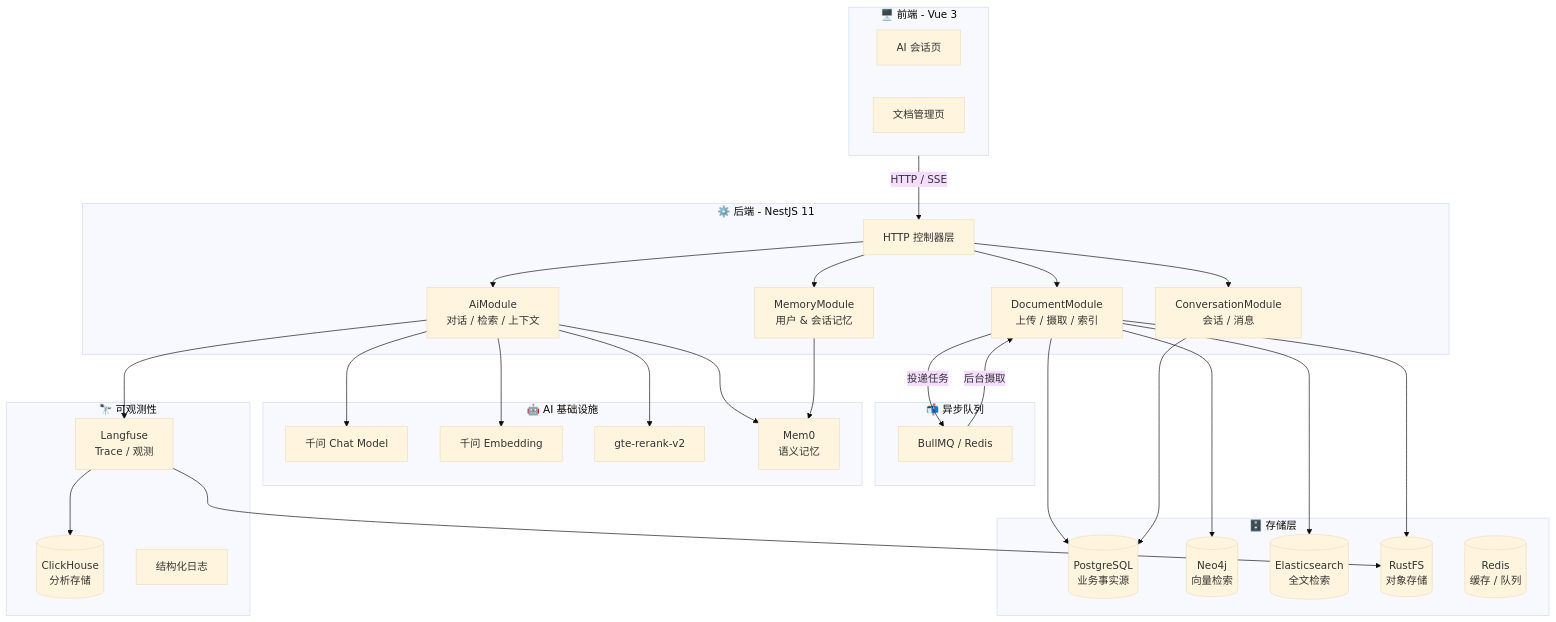
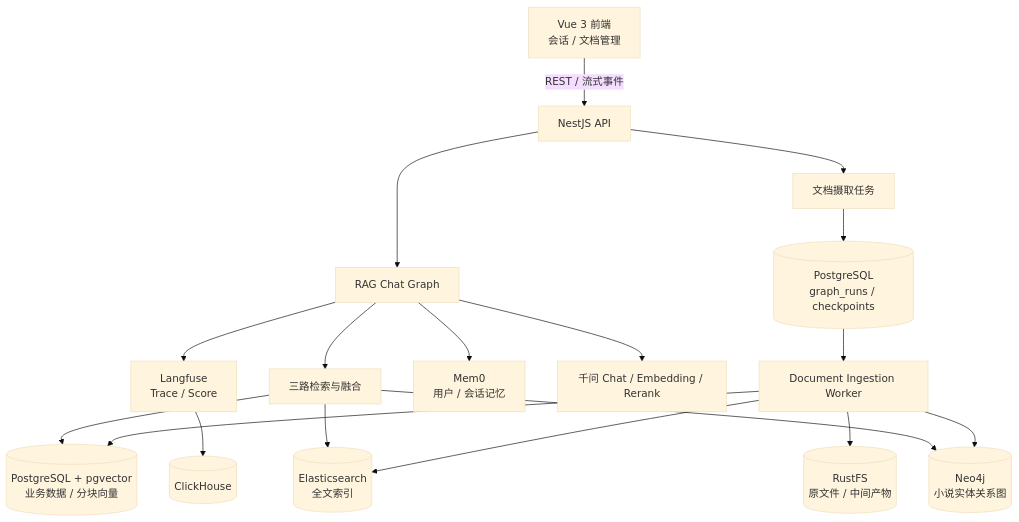
One commit to xuxchao/knowledge-quiz changed the first of 3 diagrams in README.md. Above: the diagram before and after it, drawn with Mermaid (base theme). The commit also changed other lines of this file and 40 other files, not shown here.

Commit message:
Refactor quiz flow and streamline UI state handling

````diff
--- a/README.md
+++ b/README.md
@@ -21,65 +17,23 @@
 ```mermaid
 flowchart TB
-    subgraph Frontend["🖥️ 前端 - Vue 3"]
-        AI["AI 会话页"]
-        DOC["文档管理页"]
-    end
+    UI["Vue 3 前端<br/>会话 / 文档管理"] -->|"REST / 流式事件"| API["NestJS API"]
 
-    subgraph Backend["⚙️ 后端 - NestJS 11"]
-        API["HTTP 控制器层"]
-        AI_MOD["AiModule<br/>对话 / 检索 / 上下文"]
-        DOC_MOD["DocumentModule<br/>上传 / 摄取 / 索引"]
-        CONV_MOD["ConversationModule<br/>会话 / 消息"]
-        MEM_MOD["MemoryModule<br/>用户 & 会话记忆"]
-    end
+    API --> CHAT["RAG Chat Graph"]
+    API --> INGEST["文档摄取任务"]
+    INGEST --> RUNS[("PostgreSQL<br/>graph_runs / checkpoints")]
+    RUNS --> WORKER["Document Ingestion Worker"]
 
-    subgraph Queue["📬 异步队列"]
-        BULL["BullMQ / Redis"]
-    end
+    WORKER --> S3[("RustFS<br/>原文件 / 中间产物")]
+    WORKER --> PG[("PostgreSQL + pgvector<br/>业务数据 / 分块向量")]
+    WORKER --> ES[("Elasticsearch<br/>全文索引")]
+    WORKER --> NEO[("Neo4j<br/>小说实体关系图")]
 
-    subgraph Storage["🗄️ 存储层"]
-        PG[("PostgreSQL<br/>业务事实源")]
-        NEO[("Neo4j<br/>向量检索")]
-        ES[("Elasticsearch<br/>全文检索")]
-        S3[("RustFS<br/>对象存储")]
-        REDIS[("Redis<br/>缓存 / 队列")]
-    end
-
-    subgraph AI_Infra["🤖 AI 基础设施"]
-        LLM["千问 Chat Model"]
-        EMB["千问 Embedding"]
-        RERANK["gte-rerank-v2"]
-        MEM0["Mem0<br/>语义记忆"]
-    end
-
-    subgraph Obs["🔭 可观测性"]
-        LF["Langfuse<br/>Trace / 观测"]
-        CK[("ClickHouse<br/>分析存储")]
-        LOG["结构化日志"]
-    end
-
-    Frontend -->|"HTTP / SSE"| API
-    API --> AI_MOD
-    API --> DOC_MOD
-    API --> CONV_MOD
-    API --> MEM_MOD
-
-    DOC_MOD -->|"投递任务"| BULL
-    DOC_MOD --> S3
-    BULL -->|"后台摄取"| DOC_MOD
-
-    AI_MOD --> LLM
-    AI_MOD --> EMB
-    AI_MOD --> RERANK
-    AI_MOD --> MEM0
-    AI_MOD --> LF
-
-    DOC_MOD --> PG
-    DOC_MOD --> NEO
-    DOC_MOD --> ES
-    CONV_MOD --> PG
-    MEM_MOD --> MEM0
-
-    LF --> CK
-    LF --> S3
+    CHAT --> RETRIEVAL["三路检索与融合"]
+    RETRIEVAL --> PG
+    RETRIEVAL --> ES
+    RETRIEVAL --> NEO
+    CHAT --> MEM["Mem0<br/>用户 / 会话记忆"]
+    CHAT --> LLM["千问 Chat / Embedding / Rerank"]
+    CHAT --> LF["Langfuse<br/>Trace / Score"]
+    LF --> CK[("ClickHouse")]
 ```
````
